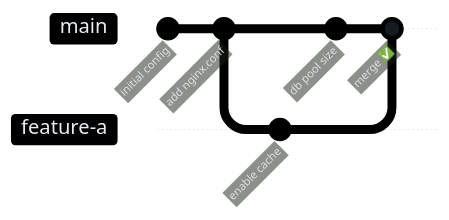
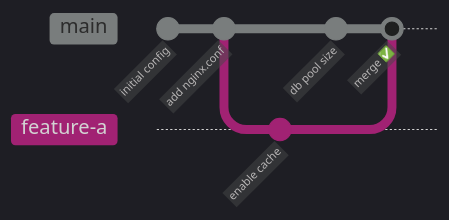
Before and after one commit to jcorteslinkare/gitops: the second of 6 diagrams in SLIDES.md, drawn with Mermaid. The commit also changed other lines of this file, not shown here.

Commit message:
style: update Mermaid diagram themes to dark mode across presentation slides

````diff
--- a/SLIDES.md
+++ b/SLIDES.md
@@ -177,12 +177,12 @@
 ```mermaid
-%%{init: {"theme":"base", "themeVariables": {"primaryColor":"#161b22","primaryTextColor":"#e6edf3","primaryBorderColor":"#79c0ff","lineColor":"#e6edf3","fontSize":"18px"}}}%%
+%%{init: {"theme": "dark", "themeVariables": {"fontSize":"18px"}}}%%
 gitGraph
   commit id: "initial config"
   commit id: "add nginx.conf"
   branch feature-a
   checkout feature-a
   commit id: "enable cache"
   checkout main
   commit id: "db pool size"
   merge feature-a id: "merge ✅"
 ```
````
